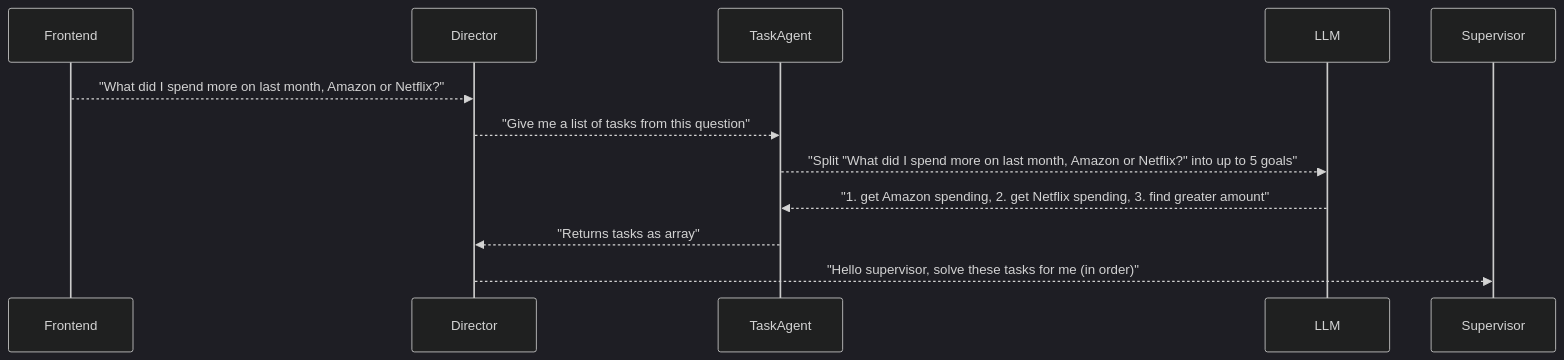
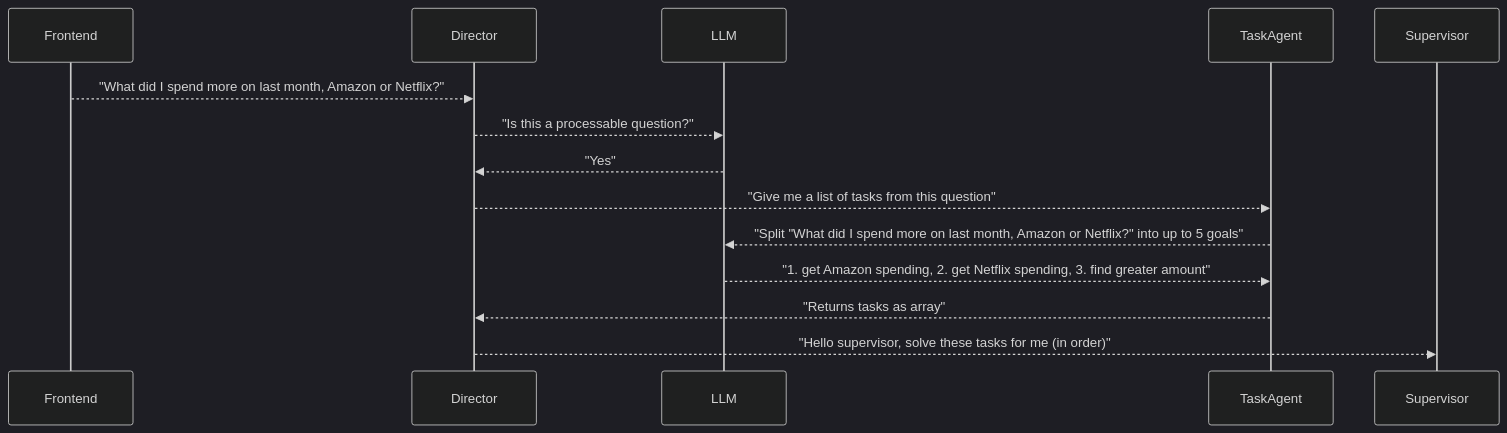
One commit to WaitThatShouldntWork/InferGPT changed the second of 6 diagrams in assets/sum-my-subscriptions/happy_flows.md. Above: the diagram before and after it, drawn with Mermaid (dark theme). The commit also changed other lines of this file, not shown here.

Commit message:
Add no question flow

````diff
--- a/assets/sum-my-subscriptions/happy_flows.md
+++ b/assets/sum-my-subscriptions/happy_flows.md
@@ -10,9 +21,11 @@
 ```mermaid
 sequenceDiagram
     Frontend -->> Director: "What did I spend more on last month, Amazon or Netflix?"
+    Director -->> LLM: "Is this a processable question?"
+    LLM -->> Director: "Yes"
     Director -->> TaskAgent: "Give me a list of tasks from this question"
     TaskAgent -->> LLM: "Split "What did I spend more on last month, Amazon or Netflix?" into up to 5 goals"
     LLM -->> TaskAgent: "1. get Amazon spending, 2. get Netflix spending, 3. find greater amount"
     TaskAgent -->> Director: "Returns tasks as array"
     Director -->> Supervisor: "Hello supervisor, solve these tasks for me (in order)"
 ```
````
